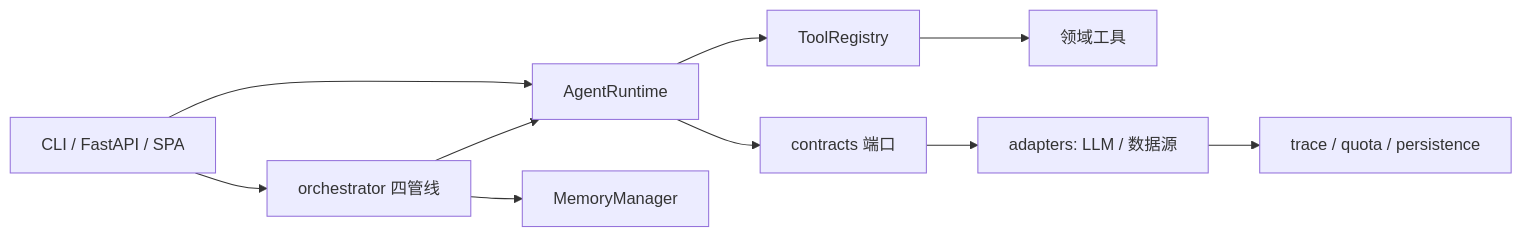
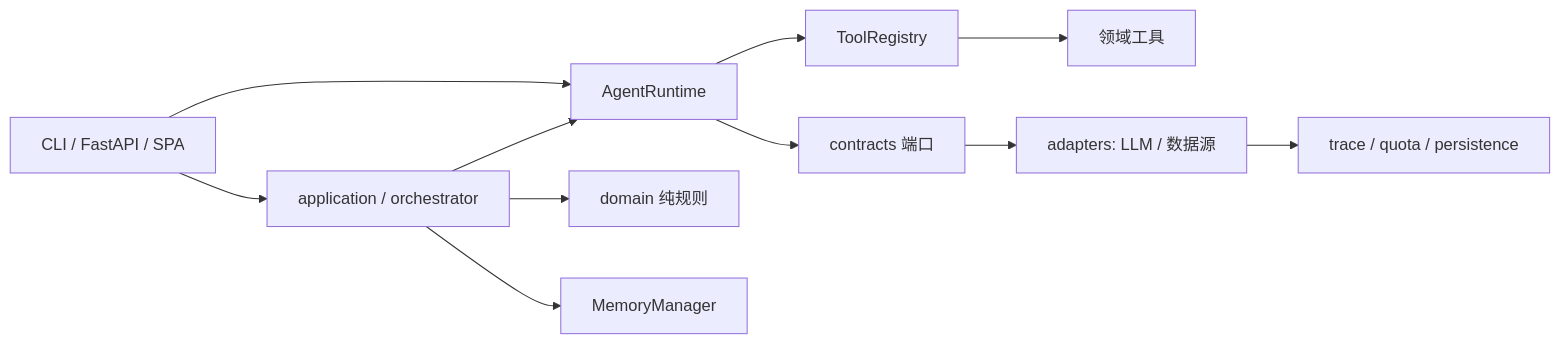
One commit to North-Q/LightTrail changed the diagram in docs/architecture.md. Above: the diagram before and after it, drawn with Mermaid. The commit also changed other lines of this file and 86 other files, not shown here.

````diff
--- a/docs/architecture.md
+++ b/docs/architecture.md
@@ -7,12 +7,13 @@
 ```mermaid
 flowchart LR
-  UI[CLI / FastAPI / SPA] --> APP[orchestrator 四管线]
+  UI[CLI / FastAPI / SPA] --> APP[application / orchestrator]
   UI --> RT[AgentRuntime]
   APP --> RT
+  APP --> DOMAIN[domain 纯规则]
   RT --> REG[ToolRegistry]
   REG --> TOOLS[领域工具]
   RT --> PORTS[contracts 端口]
   APP --> MEM[MemoryManager]
   PORTS --> ADP[adapters: LLM / 数据源]
   ADP --> INFRA[trace / quota / persistence]
 ```
````
